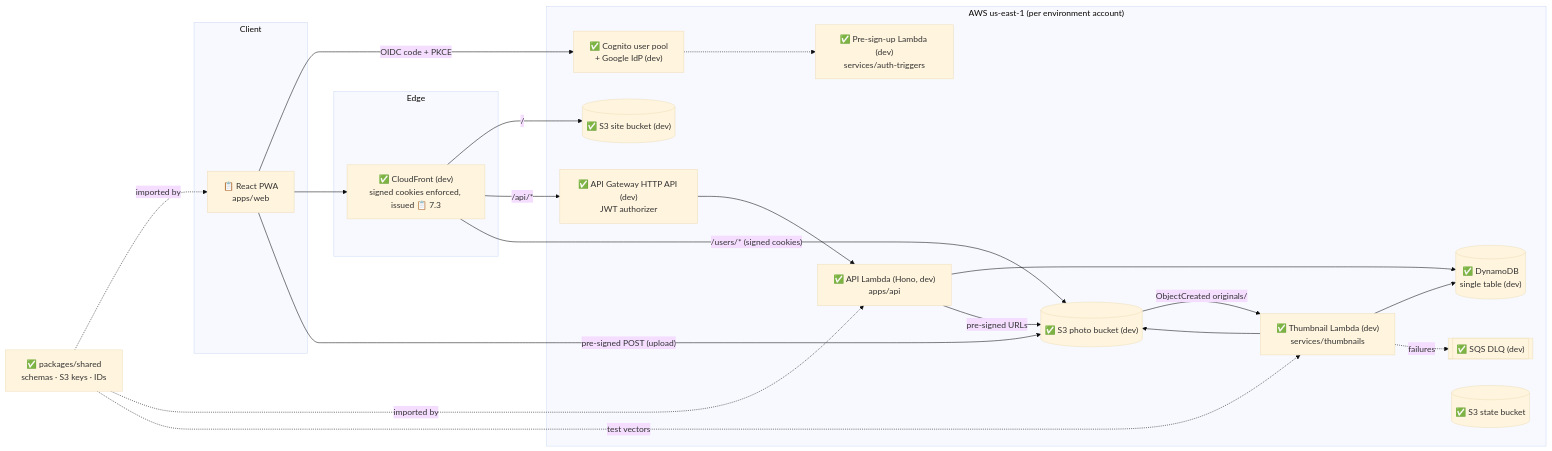
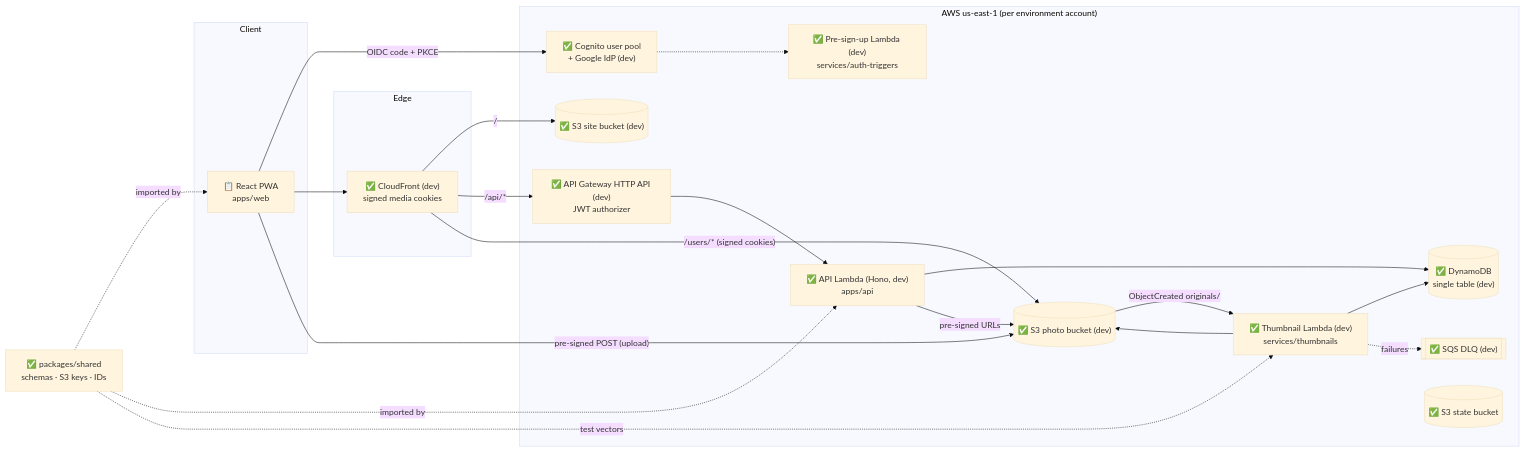
Before and after one commit to EdgarA28/Photo-app: the first of 6 diagrams in ARCHITECTURE.md, drawn with Mermaid (base theme). The commit also changed other lines of this file and 36 other files, not shown here.

First line of the commit message:
Issue CloudFront media cookies from the API (Phase 7.3)

````diff
--- a/ARCHITECTURE.md
+++ b/ARCHITECTURE.md
@@ -67,42 +67,42 @@
 ```mermaid
 flowchart LR
   subgraph Client
     PWA["📋 React PWA<br/>apps/web"]
   end
 
   subgraph Edge
-    CF["✅ CloudFront (dev)<br/>signed cookies enforced, issued 📋 7.3"]
+    CF["✅ CloudFront (dev)<br/>signed media cookies"]
   end
 
   subgraph AWS["AWS us-east-1 (per environment account)"]
     COG["✅ Cognito user pool<br/>+ Google IdP (dev)"]
     TRIG["✅ Pre-sign-up Lambda (dev)<br/>services/auth-triggers"]
     APIGW["✅ API Gateway HTTP API (dev)<br/>JWT authorizer"]
     API["✅ API Lambda (Hono, dev)<br/>apps/api"]
     DDB[("✅ DynamoDB<br/>single table (dev)")]
     WEB[("✅ S3 site bucket (dev)")]
     S3[("✅ S3 photo bucket (dev)")]
     THUMB["✅ Thumbnail Lambda (dev)<br/>services/thumbnails"]
     DLQ[["✅ SQS DLQ (dev)"]]
     STATE[("✅ S3 state bucket")]
   end
 
   SHARED["✅ packages/shared<br/>schemas · S3 keys · IDs"]
 
   PWA -- "OIDC code + PKCE" --> COG
   COG -.-> TRIG
   PWA --> CF
   CF -- "/" --> WEB
   CF -- "/api/*" --> APIGW --> API
   CF -- "/users/* (signed cookies)" --> S3
   API --> DDB
   API -- "pre-signed URLs" --> S3
   PWA -- "pre-signed POST (upload)" --> S3
   S3 -- "ObjectCreated originals/" --> THUMB
   THUMB --> S3
   THUMB --> DDB
   THUMB -. "failures" .-> DLQ
   SHARED -. "imported by" .-> PWA
   SHARED -. "imported by" .-> API
   SHARED -. "test vectors" .-> THUMB
 ```
````
